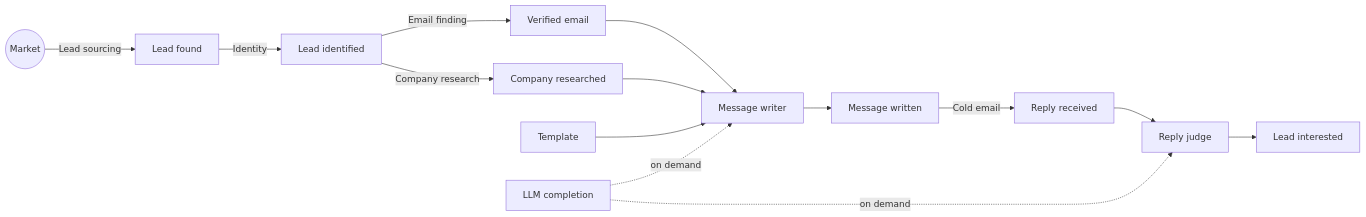
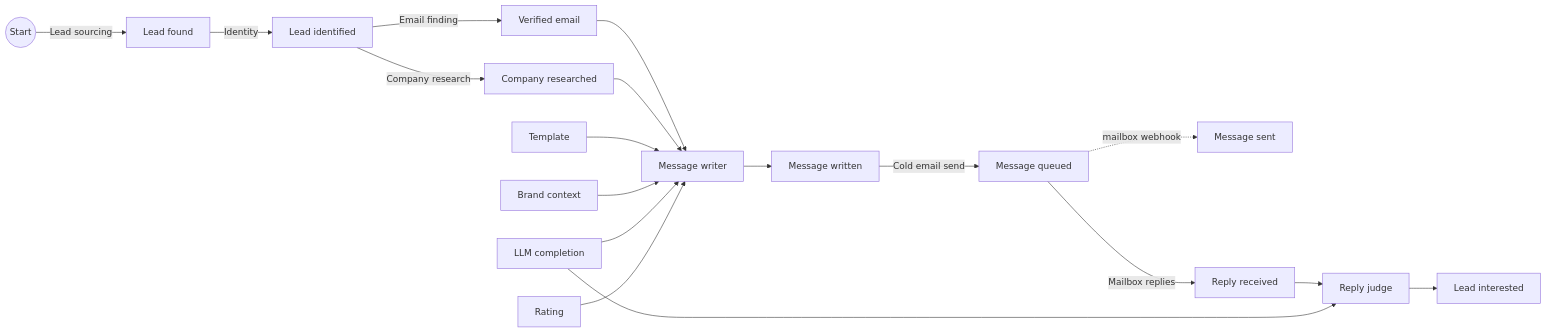
The diagram in docs/framework.md (distribute-you/gtm-factory), drawn with Mermaid before and after one commit. The commit also changed other lines of this file and 100 other files, not shown here.

````diff
--- a/docs/framework.md
+++ b/docs/framework.md
@@ -13,16 +13,20 @@
 ```mermaid
 flowchart LR
-  M((Market)) -->|Lead sourcing| F[Lead found]
+  M((Start)) -->|Lead sourcing| F[Lead found]
   F -->|Identity| I[Lead identified]
   I -->|Email finding| E[Verified email]
   I -->|Company research| C[Company researched]
   E --> W[Message writer]
   C --> W
   T[Template] --> W
-  L[LLM completion] -.on demand.-> W
-  W --> R[Message written]
-  R -->|Cold email| Y[Reply received]
+  B[Brand context] --> W
+  L[LLM completion] --> W
+  R[Rating] --> W
+  W --> MW[Message written]
+  MW -->|Cold email send| Q[Message queued]
+  Q -.mailbox webhook.-> S[Message sent]
+  Q -->|Mailbox replies| Y[Reply received]
   Y --> J[Reply judge]
-  L -.on demand.-> J
+  L --> J
   J --> N[Lead interested]
 ```
````
